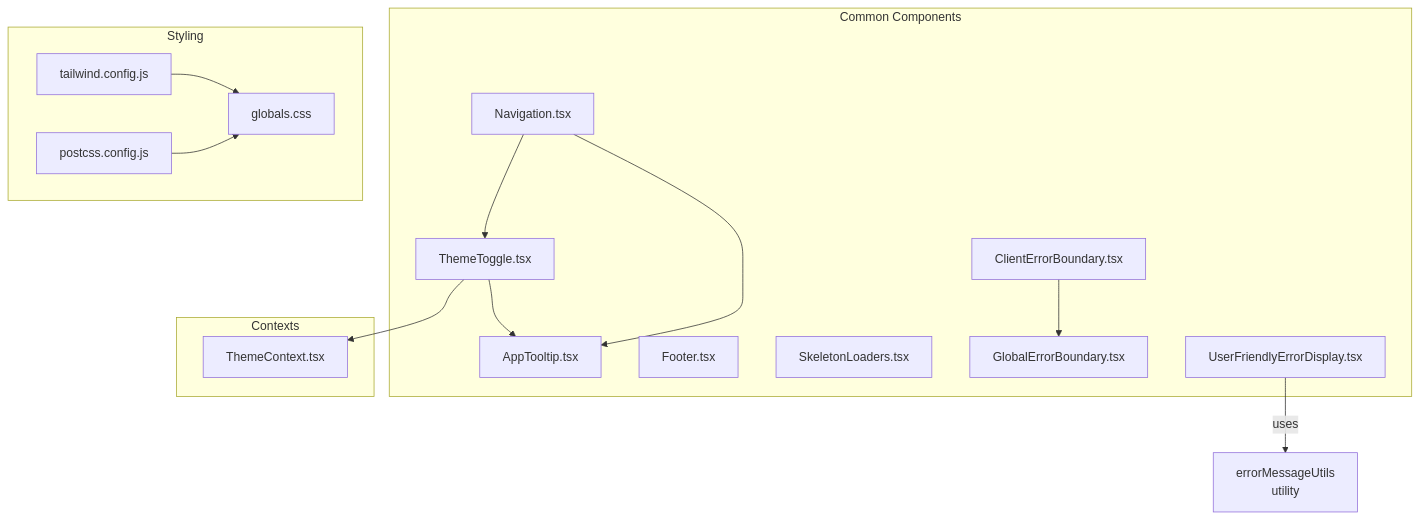
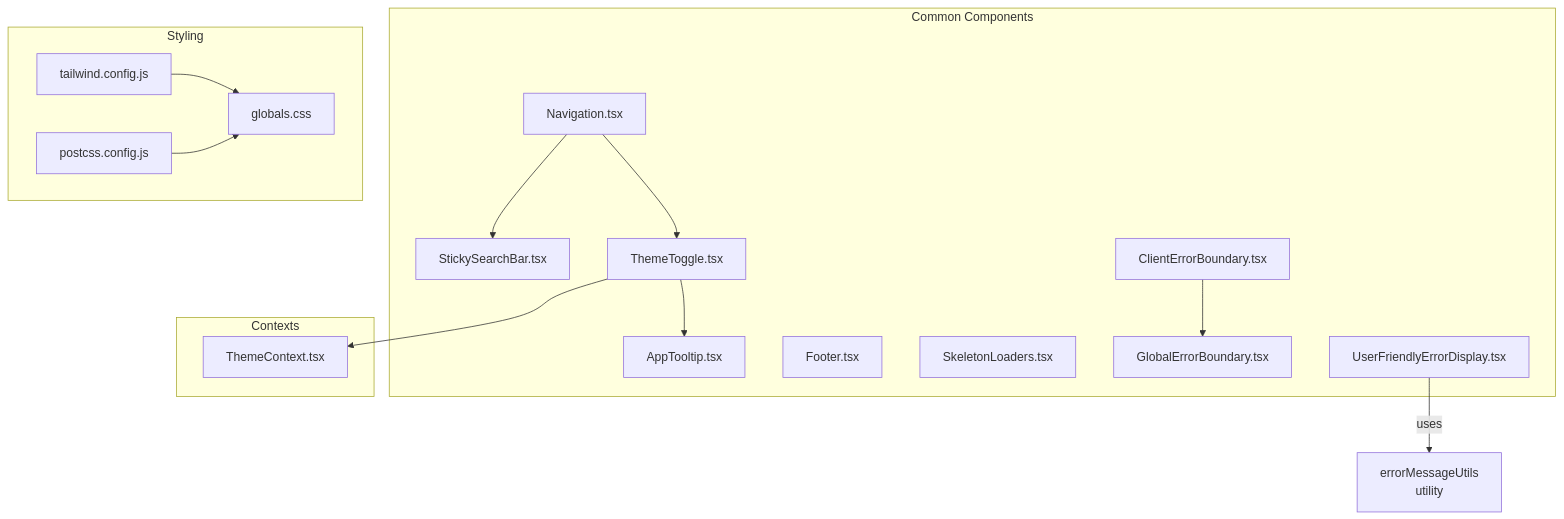
Before and after one commit to ptnghia-j/ChordMiniApp: the first of 10 diagrams in .qoder/repowiki/en/content/Frontend Application/Component Library and UI System/Common Components.md, drawn with Mermaid. The commit also changed other lines of this file and 13 other files, not shown here.

````diff
--- a/.qoder/repowiki/en/content/Frontend Application/Component Library and UI System/Common Components.md
+++ b/.qoder/repowiki/en/content/Frontend Application/Component Library and UI System/Common Components.md
@@ -38,29 +39,30 @@
 ```mermaid
 graph TB
 subgraph "Common Components"
 A["AppTooltip.tsx"]
 B["Navigation.tsx"]
+SB["StickySearchBar.tsx"]
 C["Footer.tsx"]
 D["ThemeToggle.tsx"]
 E["SkeletonLoaders.tsx"]
 F["ClientErrorBoundary.tsx"]
 G["GlobalErrorBoundary.tsx"]
 H["UserFriendlyErrorDisplay.tsx"]
 end
 subgraph "Contexts"
 T["ThemeContext.tsx"]
 end
 subgraph "Styling"
 S1["tailwind.config.js"]
 S2["postcss.config.js"]
 S3["globals.css"]
 end
 D --> A
 D --> T
 B --> D
-B --> A
+B --> SB
 F --> G
 H --> |"uses"| U["errorMessageUtils<br/>utility"]
 S1 --> S3
 S2 --> S3
 ```
````
